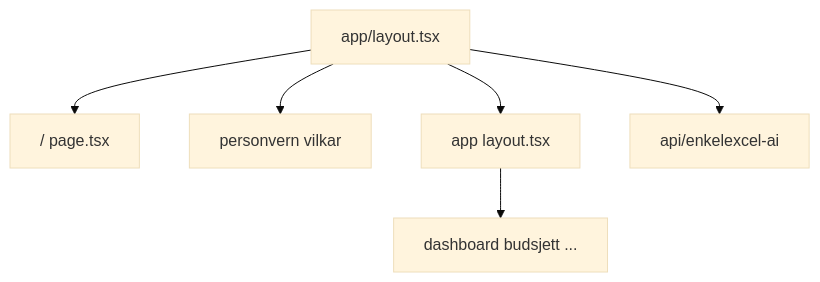
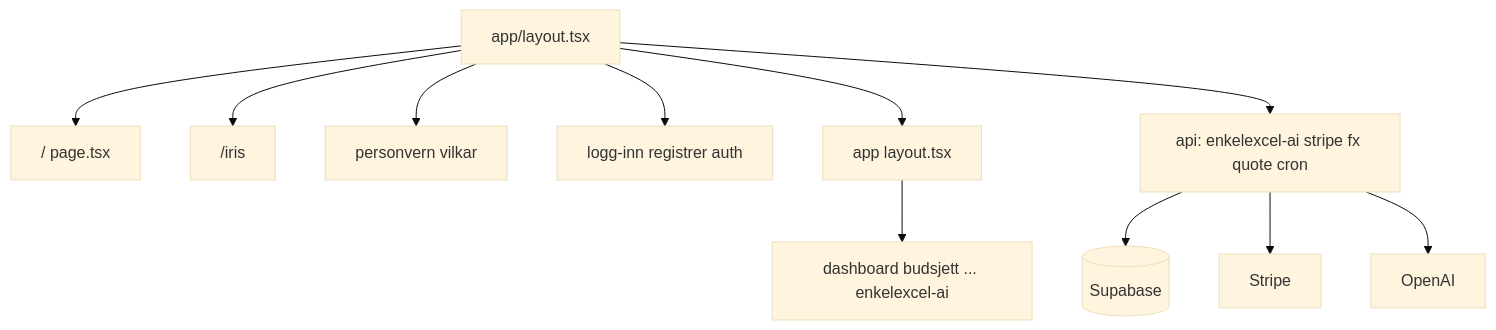
The diagram in docs/ARKITEKTUR.md (andreasmollhaug-wq/Smart-budsjett), drawn with Mermaid (base theme) before and after one commit. The commit also changed other lines of this file and 35 other files, not shown here.

````diff
--- a/docs/ARKITEKTUR.md
+++ b/docs/ARKITEKTUR.md
@@ -18,9 +76,14 @@
 ```mermaid
 flowchart TB
   rootLayout[app/layout.tsx]
   rootLayout --> landing["/ page.tsx"]
+  rootLayout --> iris["/iris"]
   rootLayout --> legal["personvern vilkar"]
+  rootLayout --> auth["logg-inn registrer auth"]
   rootLayout --> appLayout["app layout.tsx"]
-  appLayout --> appRoutes["dashboard budsjett ..."]
-  rootLayout --> apiRoute["api/enkelexcel-ai"]
+  appLayout --> appRoutes["dashboard budsjett ... enkelexcel-ai"]
+  rootLayout --> apiRoutes["api: enkelexcel-ai stripe fx quote cron"]
+  apiRoutes --> supabase[(Supabase)]
+  apiRoutes --> stripeAPI[Stripe]
+  apiRoutes --> openai[OpenAI]
 ```
````
